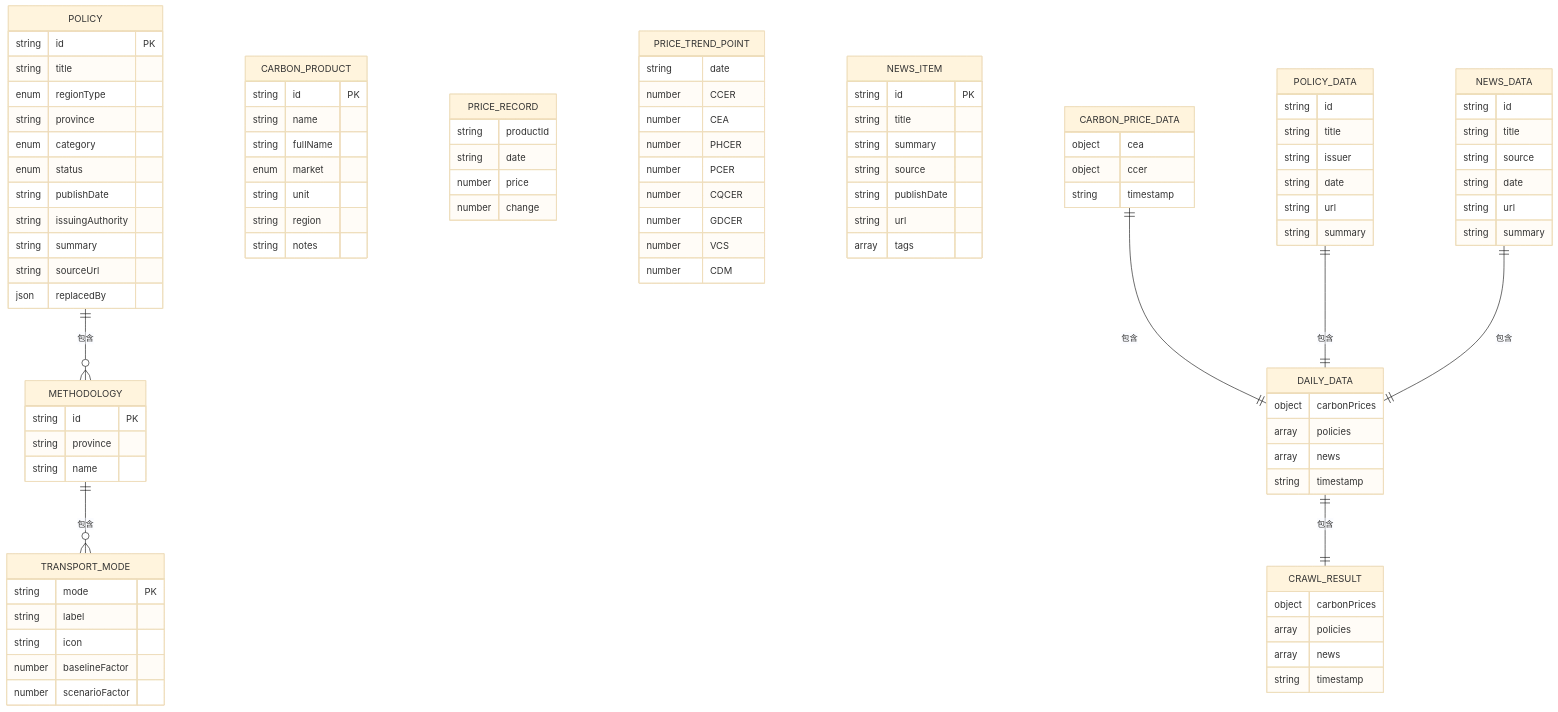
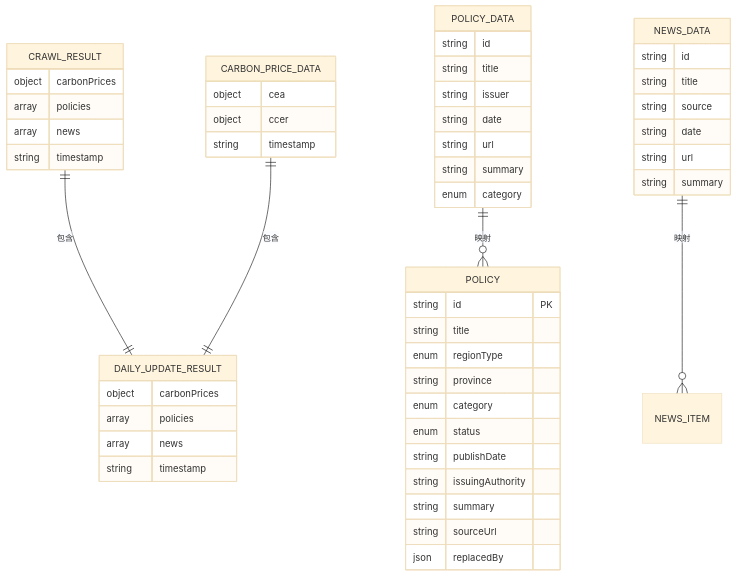
The second of 6 diagrams in .qoder/repowiki/zh/content/数据管理/数据管理.md (liangxuanliang-cmd/carbon-info-agent), drawn with Mermaid (base theme) before and after one commit. The commit also changed other lines of this file and 7 other files, not shown here.

````diff
--- a/.qoder/repowiki/zh/content/数据管理/数据管理.md
+++ b/.qoder/repowiki/zh/content/数据管理/数据管理.md
@@ -174,65 +125,6 @@
 string sourceUrl
 json replacedBy
 }
-CARBON_PRODUCT {
-string id PK
-string name
-string fullName
-enum market
-string unit
-string region
-string notes
-}
-PRICE_RECORD {
-string productId
-string date
-number price
-number change
-}
-PRICE_TREND_POINT {
-string date
-number CCER
-number CEA
-number PHCER
-number PCER
-number CQCER
-number GDCER
-number VCS
-number CDM
-}
-TRANSPORT_MODE {
-string mode PK
-string label
-string icon
-number baselineFactor
-number scenarioFactor
-}
-METHODOLOGY {
-string id PK
-string province
-string name
-}
-NEWS_ITEM {
-string id PK
-string title
-string summary
-string source
-string publishDate
-string url
-array tags
-}
-DAILY_DATA {
-object carbonPrices
-array policies
-array news
-string timestamp
-}
-CRAWL_RESULT {
-object carbonPrices
-array policies
-array news
-string timestamp
-}
 CARBON_PRICE_DATA {
 object cea
 object ccer
@@ -245,6 +137,7 @@
 string date
 string url
 string summary
+enum category
 }
 NEWS_DATA {
 string id
@@ -254,10 +147,20 @@
 string url
 string summary
 }
-POLICY ||--o{ METHODOLOGY : "包含"
-METHODOLOGY ||--o{ TRANSPORT_MODE : "包含"
-DAILY_DATA ||--|| CRAWL_RESULT : "包含"
-CARBON_PRICE_DATA ||--|| DAILY_DATA : "包含"
-POLICY_DATA ||--|| DAILY_DATA : "包含"
-NEWS_DATA ||--|| DAILY_DATA : "包含"
+CRAWL_RESULT {
+object carbonPrices
+array policies
+array news
+string timestamp
+}
+DAILY_UPDATE_RESULT {
+object carbonPrices
+array policies
+array news
+string timestamp
+}
+POLICY_DATA ||--o{ POLICY : "映射"
+NEWS_DATA ||--o{ NEWS_ITEM : "映射"
+CRAWL_RESULT ||--|| DAILY_UPDATE_RESULT : "包含"
+CARBON_PRICE_DATA ||--|| DAILY_UPDATE_RESULT : "包含"
 ```
````
